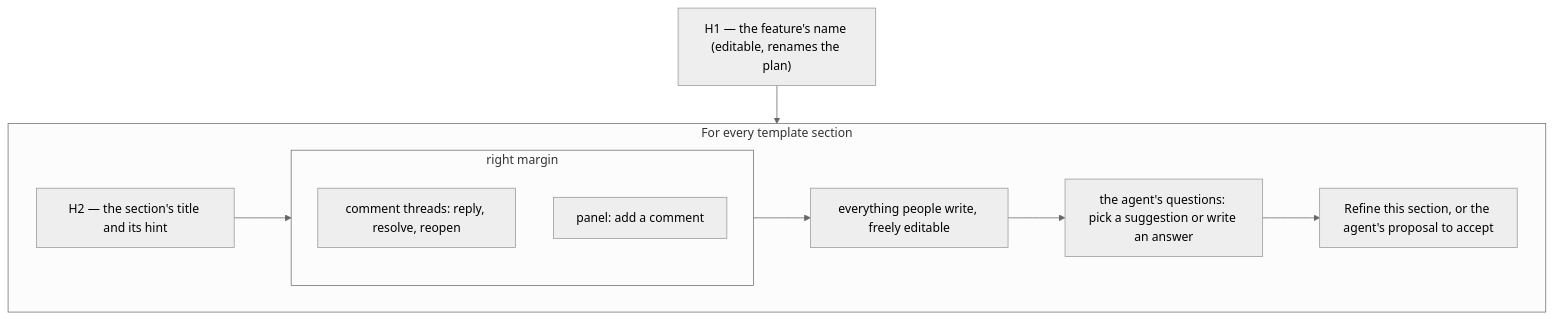
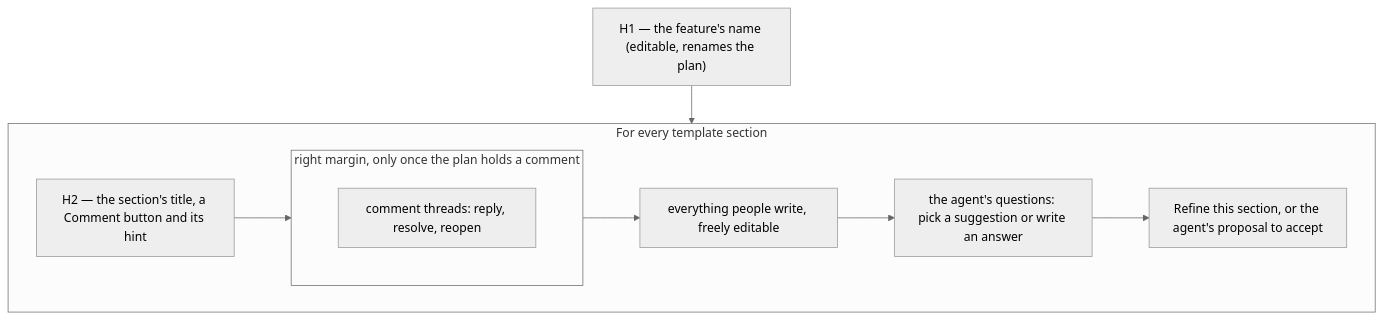
The second of 2 diagrams in packages/planning-editor/README.md (re-cinq/planning-station), drawn with Mermaid (neutral theme) before and after one commit. The commit also changed other lines of this file and 21 other files, not shown here.

First line of the commit message:
Comment on demand from the section heading, outline marks and progress

````diff
--- a/packages/planning-editor/README.md
+++ b/packages/planning-editor/README.md
@@ -220,16 +220,15 @@
 ```mermaid
 flowchart TD
   title["H1 — the feature's name (editable, renames the plan)"]
   subgraph section["For every template section"]
-    heading["H2 — the section's title and its hint"]
-    subgraph margin["right margin"]
+    heading["H2 — the section's title, a Comment button and its hint"]
+    subgraph margin["right margin, only once the plan holds a comment"]
       comments["comment threads: reply, resolve, reopen"]
-      panel["panel: add a comment"]
     end
     body["everything people write, freely editable"]
     questions["the agent's questions: pick a suggestion or write an answer"]
     actions["Refine this section, or the agent's proposal to accept"]
     heading --> margin --> body --> questions --> actions
   end
   title --> section
 ```
````
